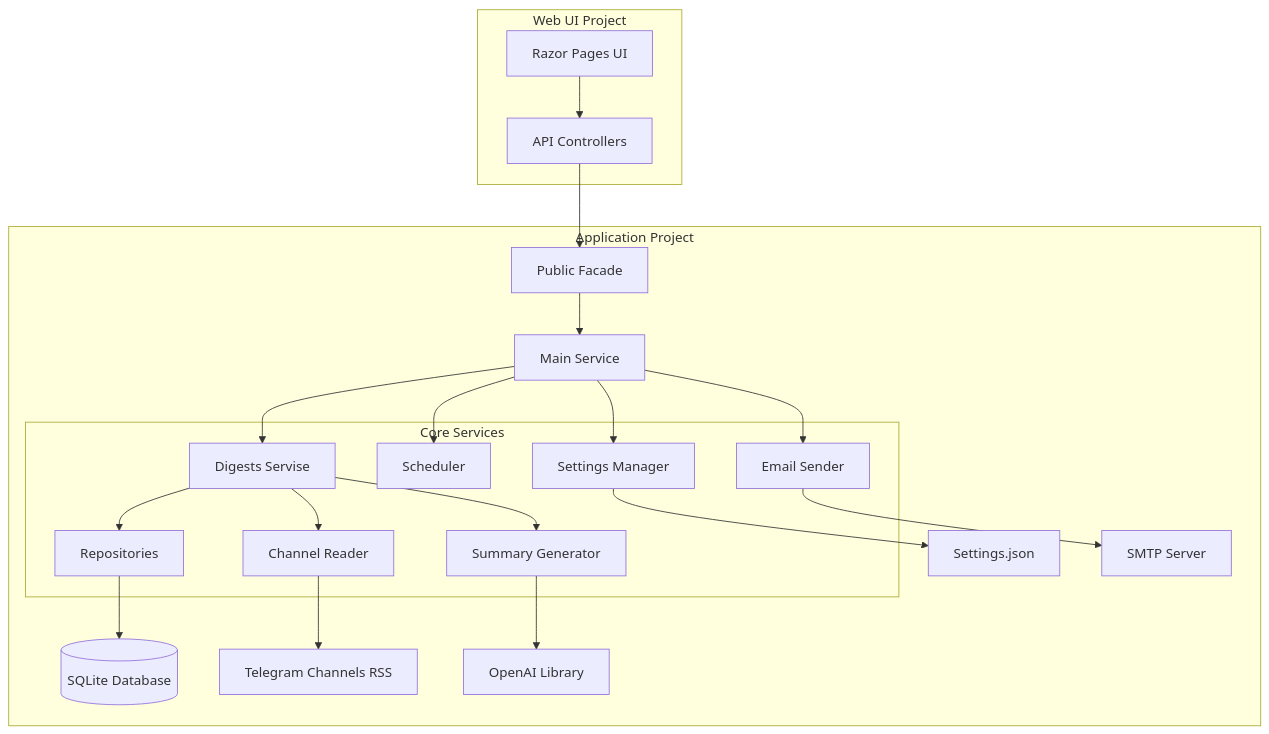
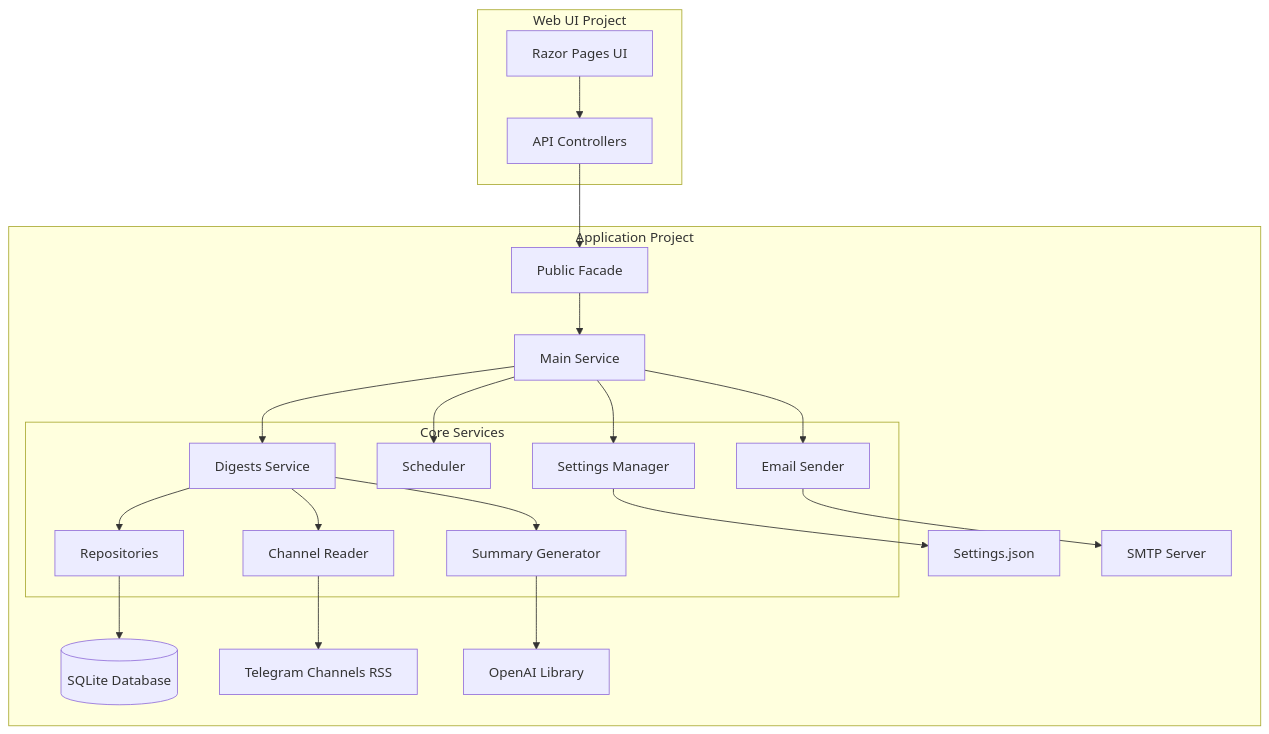
The first of 2 diagrams in README.md (stone-w4tch3r/telegram_digest), drawn with Mermaid before and after one commit. The commit also changed other lines of this file and 1 other file, not shown here.

````diff
--- a/README.md
+++ b/README.md
@@ -78,43 +79,43 @@
 ```mermaid
 
 graph TB
     subgraph "Web UI Project"
         UI[Razor Pages UI]
         API[API Controllers]
     end
 
     subgraph "Application Project"
         PF[Public Facade]
         MS[Main Service]
 
         subgraph "Core Services"
             CR[Channel Reader]
             SG[Summary Generator]
             SM[Settings Manager]
             SCH[Scheduler]
             ES[Email Sender]
-            DS[Digests Servise]
+            DS[Digests Service]
             REP[Repositories]
         end
 
         DB[(SQLite Database)]
         JSON[Settings.json]
 
         RSS[Telegram Channels RSS]
         SMTP[SMTP Server]
         OAI[OpenAI Library]
     end
 
         
 
     UI --> API
     API --> PF
     PF --> MS
     MS --> SM & SCH & ES & DS
     CR --> RSS
     SG --> OAI
     ES --> SMTP
     DS --> REP & CR & SG
     REP --> DB
     SM --> JSON
 ```
````
